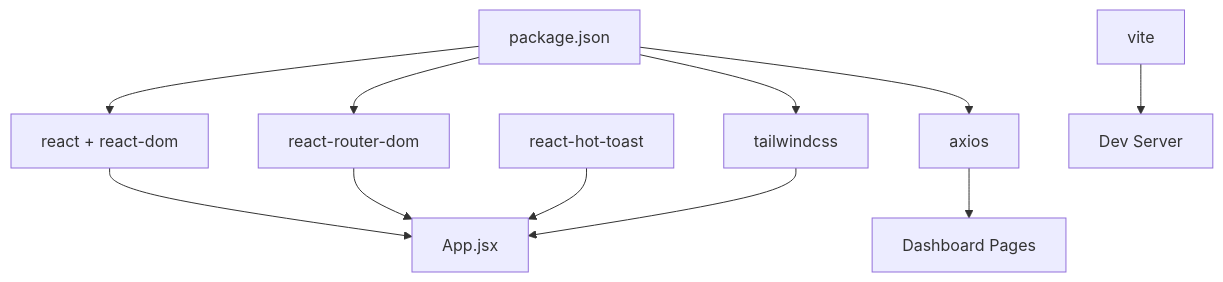
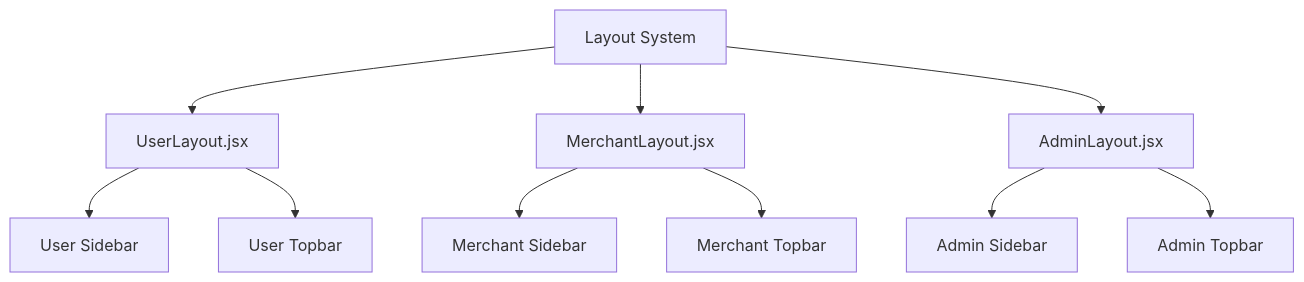
Before and after one commit to meghanamallela69-tech/event: the ninth of 16 diagrams in .qoder/repowiki/en/content/Frontend Architecture/Frontend Architecture.md, drawn with Mermaid. The commit also changed other lines of this file and 63 other files, not shown here.

````diff
--- a/.qoder/repowiki/en/content/Frontend Architecture/Frontend Architecture.md
+++ b/.qoder/repowiki/en/content/Frontend Architecture/Frontend Architecture.md
@@ -293,13 +385,12 @@
 ```mermaid
 graph TB
-REACT["react + react-dom"] --> APP["App.jsx"]
-ROUTER["react-router-dom"] --> APP
-AXIOS["axios"] --> PAGES["Dashboard Pages"]
-TOAST["react-hot-toast"] --> APP
-TAILWIND["tailwindcss"] --> APP
-VITE["vite"] --> DEV["Dev Server"]
-DEPS["package.json"] --> REACT
-DEPS --> ROUTER
-DEPS --> AXIOS
-DEPS --> TAILWIND
+LAYOUTS["Layout System"] --> USER_LAYOUT["UserLayout.jsx"]
+LAYOUTS --> MERCHANT_LAYOUT["MerchantLayout.jsx"]
+LAYOUTS --> ADMIN_LAYOUT["AdminLayout.jsx"]
+USER_LAYOUT --> USER_SIDEBAR["User Sidebar"]
+USER_LAYOUT --> USER_TOPBAR["User Topbar"]
+MERCHANT_LAYOUT --> MERCHANT_SIDEBAR["Merchant Sidebar"]
+MERCHANT_LAYOUT --> MERCHANT_TOPBAR["Merchant Topbar"]
+ADMIN_LAYOUT --> ADMIN_SIDEBAR["Admin Sidebar"]
+ADMIN_LAYOUT --> ADMIN_TOPBAR["Admin Topbar"]
 ```
````
